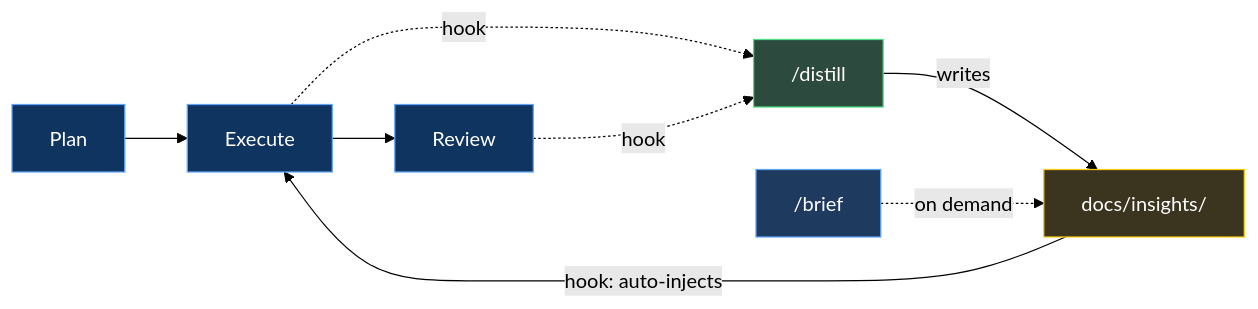
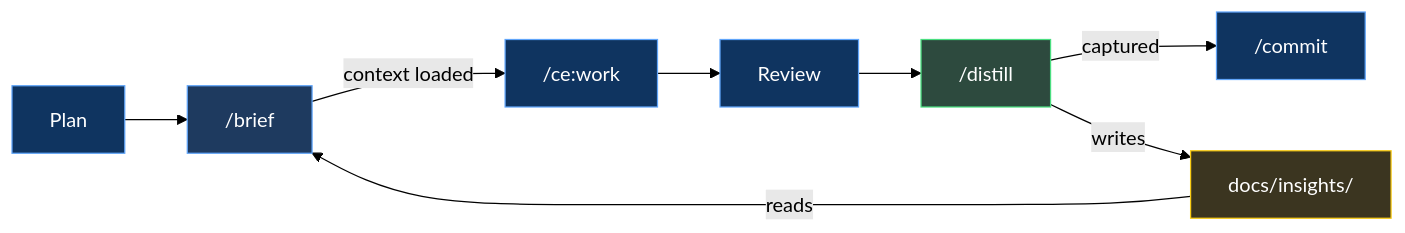
The third of 3 diagrams in projects/skills/distill-and-brief/README.md (mbriggsy/ai-learning-journey), drawn with Mermaid (forest theme) before and after one commit. The commit also changed other lines of this file and 5 other files, not shown here.

````diff
--- a/projects/skills/distill-and-brief/README.md
+++ b/projects/skills/distill-and-brief/README.md
@@ -177,20 +190,19 @@
 ```mermaid
 flowchart LR
-    PLAN["Plan"] --> EXECUTE["Execute"]
+    PLAN["Plan"] --> BRIEF["/brief"]
+    BRIEF -->|"context loaded"| EXECUTE["/ce:work"]
     EXECUTE --> REVIEW["Review"]
-
-    EXECUTE -.->|"hook"| DISTILL["/distill"]
-    REVIEW -.->|"hook"| DISTILL
+    REVIEW --> DISTILL["/distill"]
+    DISTILL -->|"captured"| COMMIT["/commit"]
 
     DISTILL -->|"writes"| KB["docs/insights/"]
-    KB -->|"hook: auto-injects"| EXECUTE
-
-    BRIEF["/brief"] -.->|"on demand"| KB
+    KB -->|"reads"| BRIEF
 
     style PLAN fill:#0f3460,stroke:#60a5fa,color:#fff
     style EXECUTE fill:#0f3460,stroke:#60a5fa,color:#fff
     style REVIEW fill:#0f3460,stroke:#60a5fa,color:#fff
+    style COMMIT fill:#0f3460,stroke:#60a5fa,color:#fff
     style DISTILL fill:#2d4a3e,stroke:#4ade80,color:#fff
     style KB fill:#3b3520,stroke:#facc15,color:#fff
     style BRIEF fill:#1e3a5f,stroke:#60a5fa,color:#fff
 ```
````
